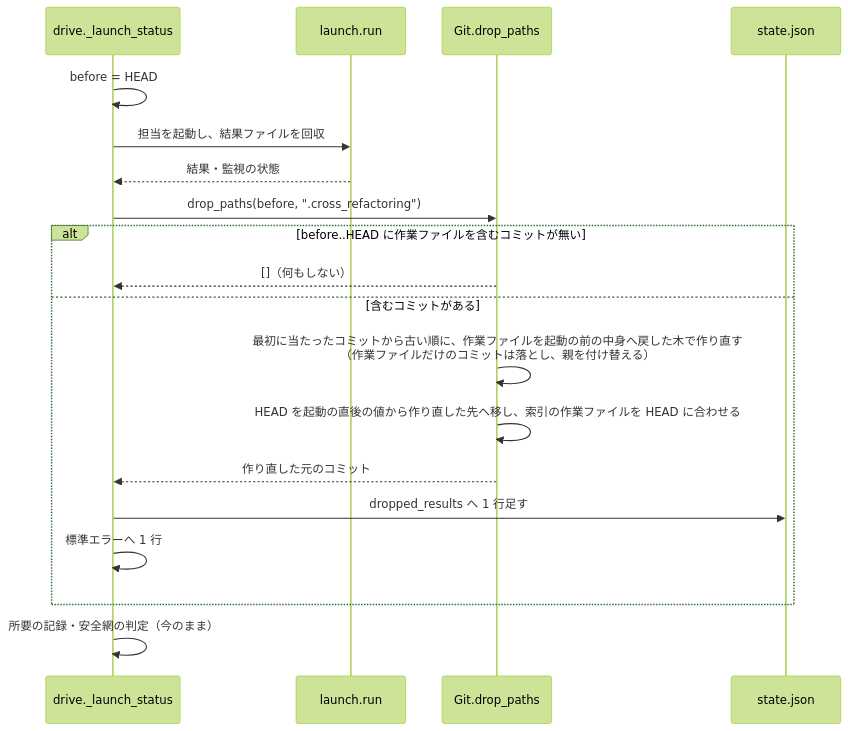
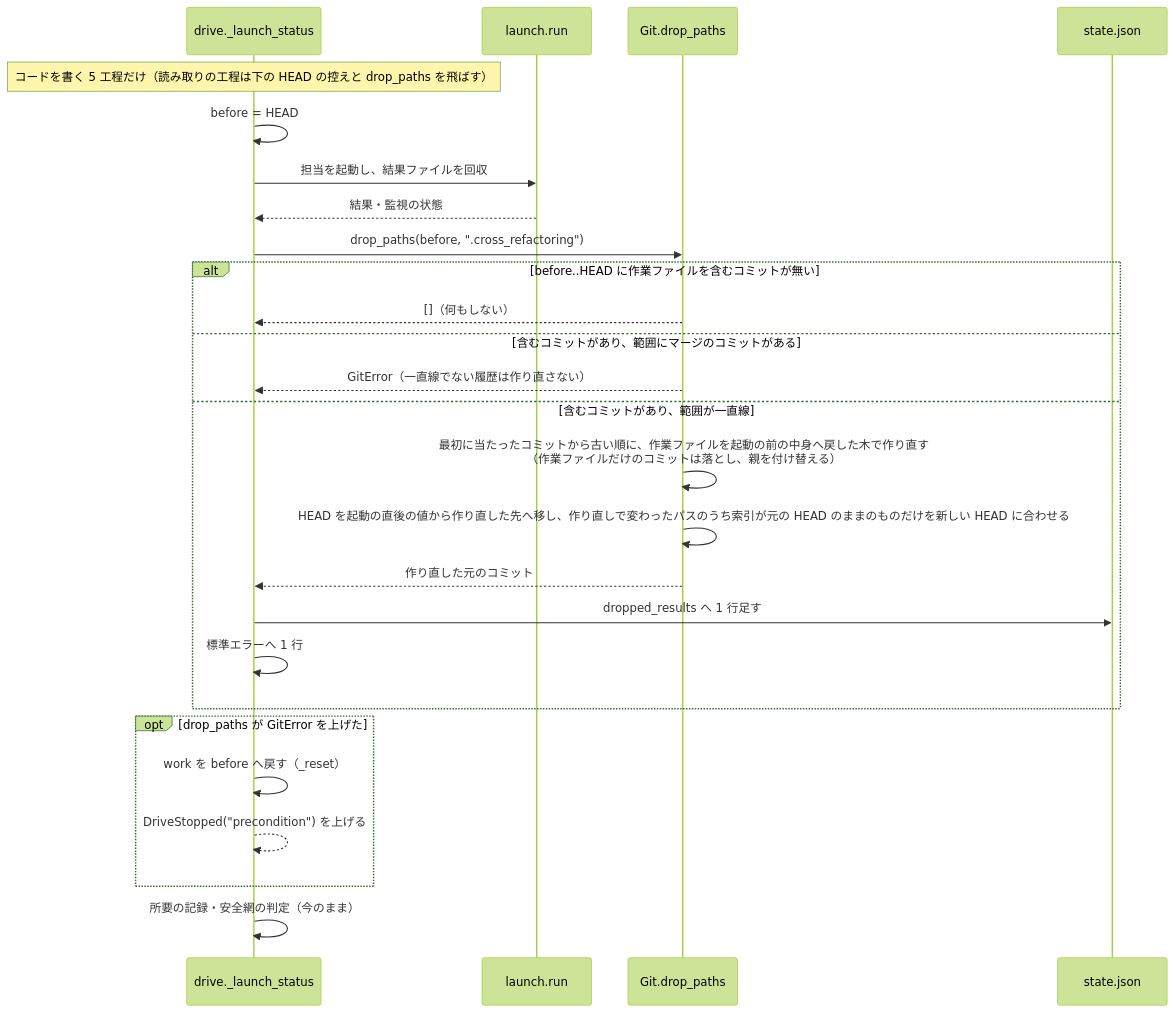
The fourth of 4 diagrams in issues/issue-3500-design.md (devbasex/ai-plugins), drawn with Mermaid (forest theme) before and after one commit. The commit also changed other lines of this file, not shown here.

````diff
--- a/issues/issue-3500-design.md
+++ b/issues/issue-3500-design.md
@@ -82,21 +82,28 @@
 ```mermaid
 sequenceDiagram
   participant D as drive._launch_status
   participant L as launch.run
   participant G as Git.drop_paths
   participant S as state.json
+  Note over D: コードを書く 5 工程だけ（読み取りの工程は下の HEAD の控えと drop_paths を飛ばす）
   D->>D: before = HEAD
   D->>L: 担当を起動し、結果ファイルを回収
   L-->>D: 結果・監視の状態
   D->>G: drop_paths(before, ".cross_refactoring")
   alt before..HEAD に作業ファイルを含むコミットが無い
     G-->>D: []（何もしない）
-  else 含むコミットがある
+  else 含むコミットがあり、範囲にマージのコミットがある
+    G-->>D: GitError（一直線でない履歴は作り直さない）
+  else 含むコミットがあり、範囲が一直線
     G->>G: 最初に当たったコミットから古い順に、作業ファイルを起動の前の中身へ戻した木で作り直す<br/>（作業ファイルだけのコミットは落とし、親を付け替える）
-    G->>G: HEAD を起動の直後の値から作り直した先へ移し、索引の作業ファイルを HEAD に合わせる
+    G->>G: HEAD を起動の直後の値から作り直した先へ移し、作り直しで変わったパスのうち索引が元の HEAD のままのものだけを新しい HEAD に合わせる
     G-->>D: 作り直した元のコミット
     D->>S: dropped_results へ 1 行足す
     D->>D: 標準エラーへ 1 行
   end
+  opt drop_paths が GitError を上げた
+    D->>D: work を before へ戻す（_reset）
+    D-->>D: DriveStopped("precondition") を上げる
+  end
   D->>D: 所要の記録・安全網の判定（今のまま）
 ```
````
